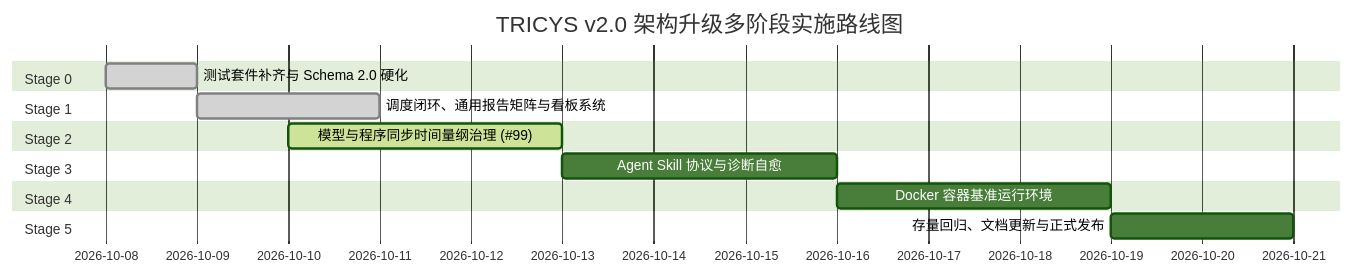
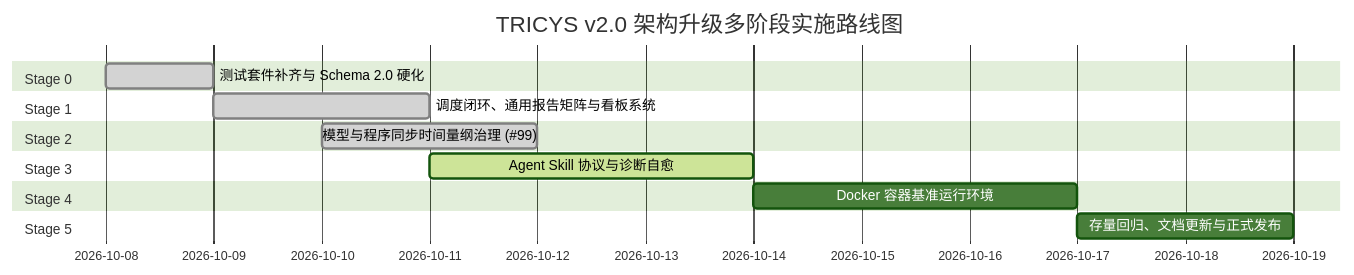
The first of 2 diagrams in .github/upgrade/V2_DEVELOPMENT_PLAN.md (couuas/tricys), drawn with Mermaid (forest theme) before and after one commit. The commit also changed other lines of this file and 51 other files, not shown here.

````diff
--- a/.github/upgrade/V2_DEVELOPMENT_PLAN.md
+++ b/.github/upgrade/V2_DEVELOPMENT_PLAN.md
@@ -63,17 +69,17 @@
 ```mermaid
 gantt
     title TRICYS v2.0 架构升级多阶段实施路线图
     dateFormat  YYYY-MM-DD
     section Stage 0
     测试套件补齐与 Schema 2.0 硬化   :done, s0, 2026-10-08, 1d
     section Stage 1
     调度闭环、通用报告矩阵与看板系统 :done, s1, 2026-10-09, 2d
     section Stage 2
-    模型与程序同步时间量纲治理 (#99) :active, s2, 2026-10-10, 3d
+    模型与程序同步时间量纲治理 (#99) :done, s2, 2026-10-10, 2d
     section Stage 3
-    Agent Skill 协议与诊断自愈      :s3, after s2, 3d
+    Agent Skill 协议与诊断自愈      :active, s3, 2026-10-11, 3d
     section Stage 4
     Docker 容器基准运行环境        :s4, after s3, 3d
     section Stage 5
     存量回归、文档更新与正式发布    :s5, after s4, 2d
 ```
````
